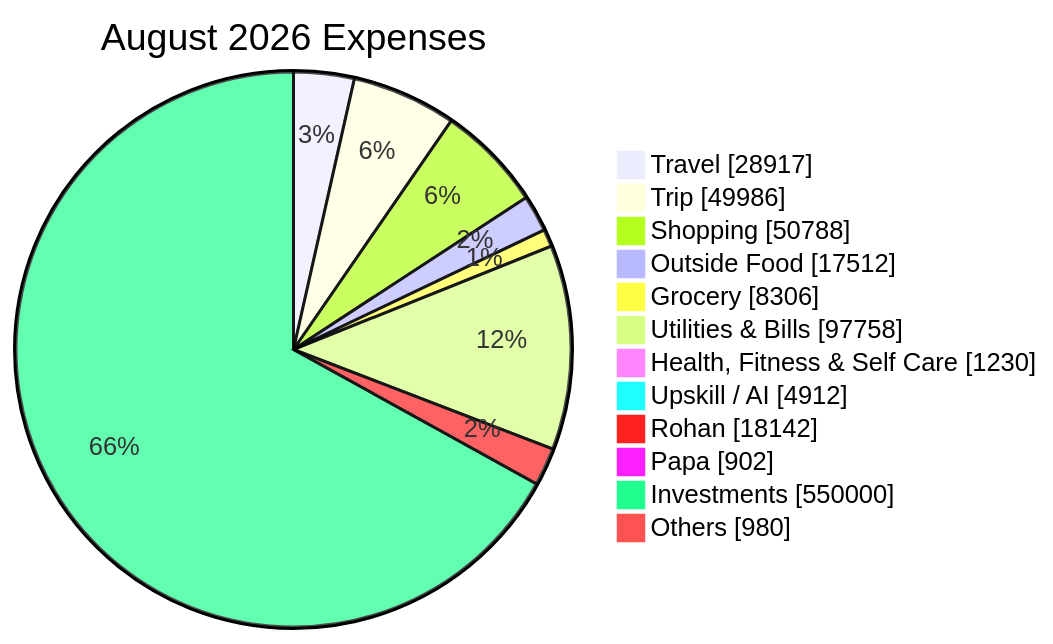
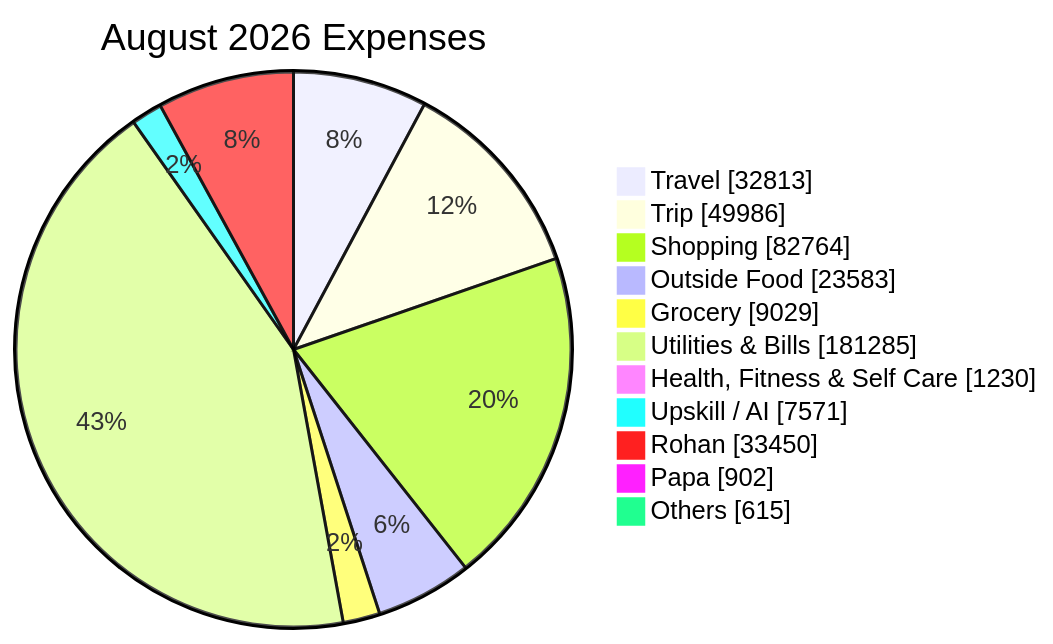
The second of 3 diagrams in reports/2026-08.md (sachin-hg/expense-reporter), drawn with Mermaid before and after one commit. The commit also changed other lines of this file and 11 other files, not shown here.

First line of the commit message:
Exclude investments from main trend chart; add separate investments bar chart

````diff
--- a/reports/2026-08.md
+++ b/reports/2026-08.md
@@ -52,16 +51,15 @@
 ```mermaid
 pie showData
     title August 2026 Expenses
-    "Travel" : 28917
+    "Travel" : 32813
     "Trip" : 49986
-    "Shopping" : 50788
-    "Outside Food" : 17512
-    "Grocery" : 8306
-    "Utilities & Bills" : 97758
+    "Shopping" : 82764
+    "Outside Food" : 23583
+    "Grocery" : 9029
+    "Utilities & Bills" : 181285
     "Health, Fitness & Self Care" : 1230
-    "Upskill / AI" : 4912
-    "Rohan" : 18142
+    "Upskill / AI" : 7571
+    "Rohan" : 33450
     "Papa" : 902
-    "Investments" : 550000
-    "Others" : 980
+    "Others" : 615
 ```
````
